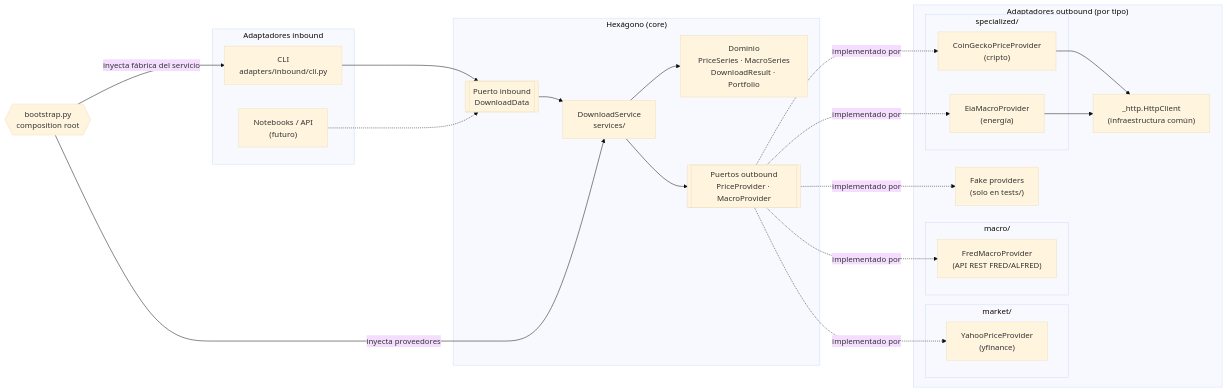
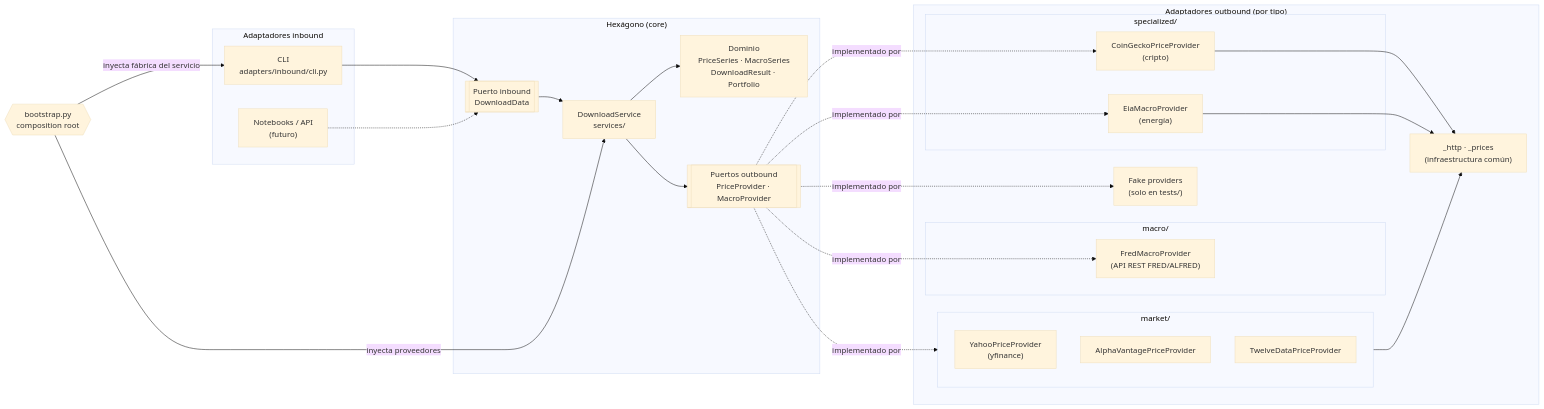
Before and after one commit to art3mvp/quant-finance-toolkit: the diagram in docs/architecture.md, drawn with Mermaid (base theme). The commit also changed 4 other files, not shown here.

First line of the commit message:
feat(bootstrap): register Alpha Vantage and Twelve Data and document market sources

````diff
--- a/docs/architecture.md
+++ b/docs/architecture.md
@@ -9,46 +9,49 @@
 ```mermaid
 flowchart LR
     subgraph IN["Adaptadores inbound"]
         CLI["CLI<br/>adapters/inbound/cli.py"]
         NB["Notebooks / API<br/>(futuro)"]
     end
 
     subgraph HEX["Hexágono (core)"]
         PIN[["Puerto inbound<br/>DownloadData"]]
         SVC["DownloadService<br/>services/"]
         DOM["Dominio<br/>PriceSeries · MacroSeries<br/>DownloadResult · Portfolio"]
         POUT[["Puertos outbound<br/>PriceProvider · MacroProvider"]]
         PIN --> SVC
         SVC --> DOM
         SVC --> POUT
     end
 
     subgraph OUT["Adaptadores outbound (por tipo)"]
         subgraph MKT["market/"]
             YF["YahooPriceProvider<br/>(yfinance)"]
+            AV["AlphaVantagePriceProvider"]
+            TD["TwelveDataPriceProvider"]
         end
         subgraph MAC["macro/"]
             FRED["FredMacroProvider<br/>(API REST FRED/ALFRED)"]
         end
         subgraph SPE["specialized/"]
             CG["CoinGeckoPriceProvider<br/>(cripto)"]
             EIA["EiaMacroProvider<br/>(energía)"]
         end
-        HTTP["_http.HttpClient<br/>(infraestructura común)"]
+        HTTP["_http · _prices<br/>(infraestructura común)"]
         FAKE["Fake providers<br/>(solo en tests/)"]
     end
 
     CLI --> PIN
     NB -.-> PIN
-    POUT -. implementado por .-> YF
+    POUT -. implementado por .-> MKT
     POUT -. implementado por .-> FRED
     POUT -. implementado por .-> CG
     POUT -. implementado por .-> EIA
     POUT -. implementado por .-> FAKE
+    MKT --> HTTP
     CG --> HTTP
     EIA --> HTTP
 
     BOOT{{"bootstrap.py<br/>composition root"}}
     BOOT -- inyecta proveedores --> SVC
     BOOT -- inyecta fábrica del servicio --> CLI
 ```
````
